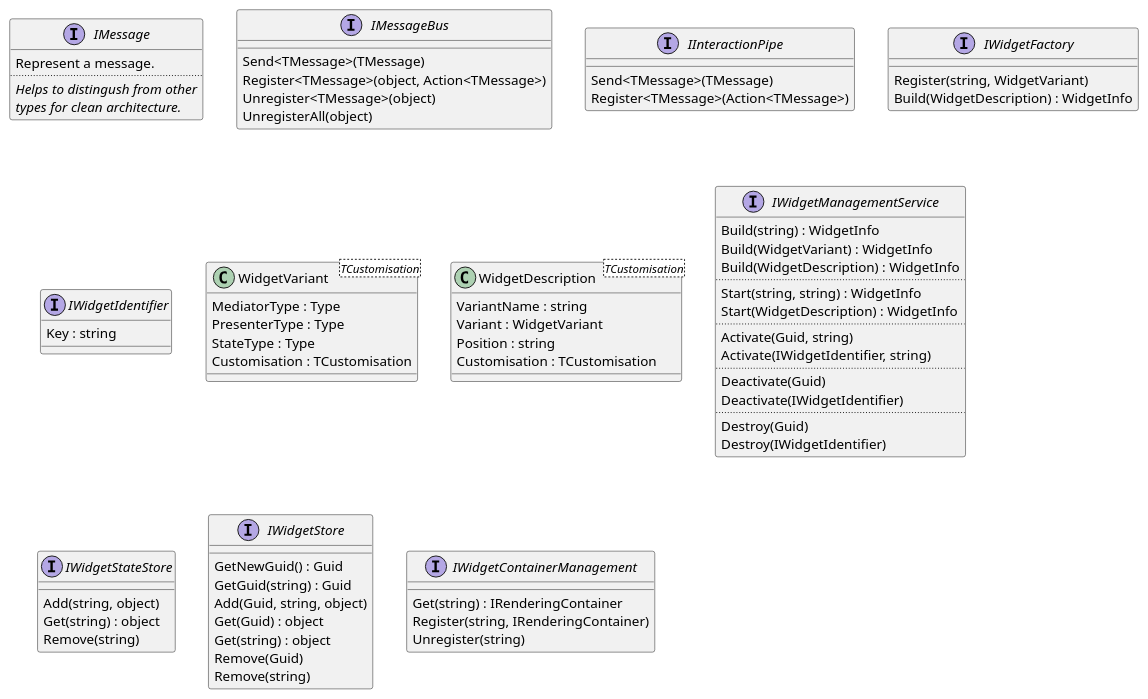
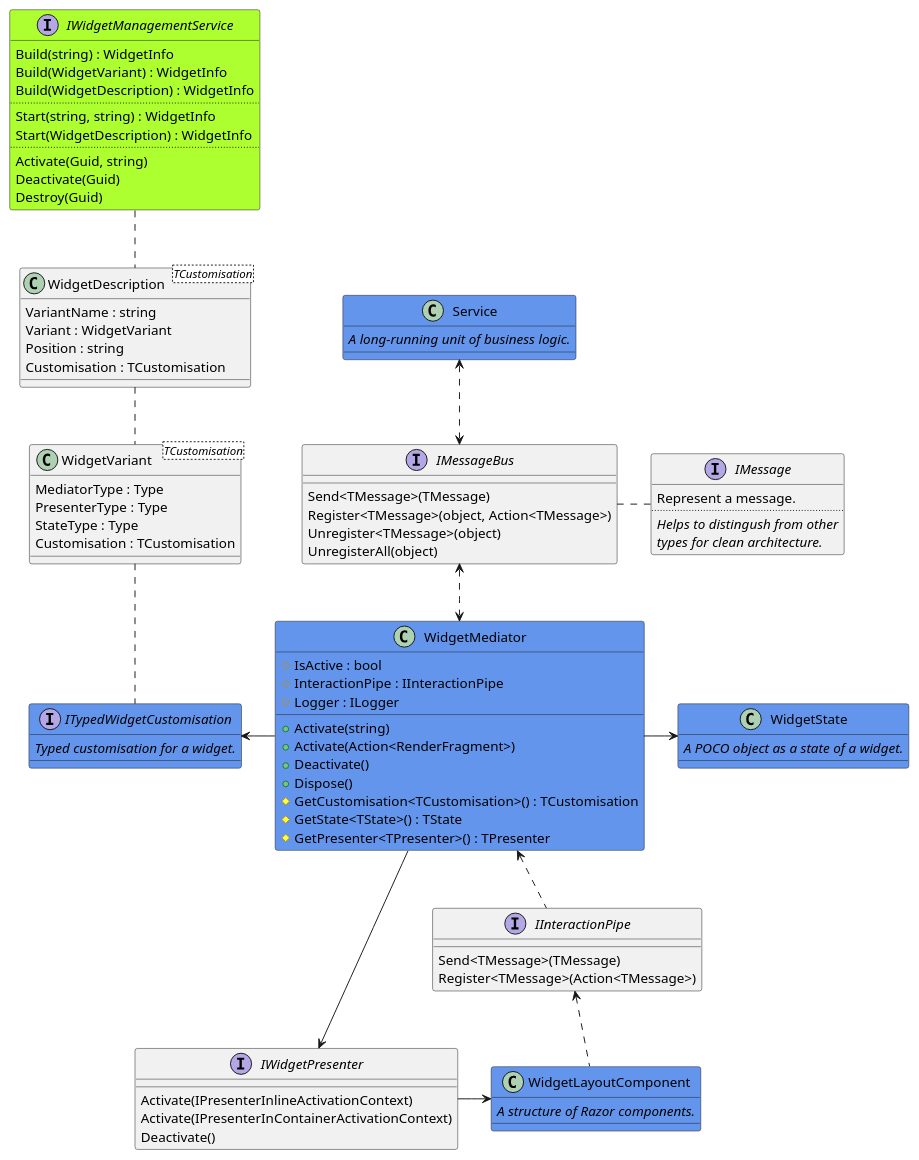
One commit to akobr/blazor.widgetised changed the first of 6 diagrams in docs/diagrams.puml. Above: the diagram before and after it, drawn with PlantUML. The commit also changed other lines of this file and 4 other files, not shown here.

```diff
--- a/docs/diagrams.puml
+++ b/docs/diagrams.puml
@@ -1,85 +1,100 @@
 @startuml architecture
 
 interface IMessage {
     Represent a message.
     ..
     <i>Helps to distingush from other</i>
     <i>types for clean architecture.</i>
 }
 
 interface IMessageBus {
     Send<TMessage>(TMessage)
     Register<TMessage>(object, Action<TMessage>)
     Unregister<TMessage>(object)
     UnregisterAll(object)
 }
 
 interface IInteractionPipe {
     Send<TMessage>(TMessage)
     Register<TMessage>(Action<TMessage>)
 }
 
-interface IWidgetFactory {
-    Register(string, WidgetVariant)
-    Build(WidgetDescription) : WidgetInfo
-}
-
-interface IWidgetIdentifier {
-    Key : string
-}
-
 class WidgetVariant<TCustomisation> {
     MediatorType : Type
     PresenterType : Type
     StateType : Type
     Customisation : TCustomisation
 }
 
 class WidgetDescription<TCustomisation> {
     VariantName : string
     Variant : WidgetVariant
     Position : string
     Customisation : TCustomisation
 }
 
-interface IWidgetManagementService {
+interface IWidgetManagementService #GreenYellow {
     Build(string) : WidgetInfo
     Build(WidgetVariant) : WidgetInfo
     Build(WidgetDescription) : WidgetInfo
     ..
     Start(string, string) : WidgetInfo
     Start(WidgetDescription) : WidgetInfo
     ..
     Activate(Guid, string)
-    Activate(IWidgetIdentifier, string)
-    ..
     Deactivate(Guid)
-    Deactivate(IWidgetIdentifier)
-    ..
     Destroy(Guid)
-    Destroy(IWidgetIdentifier)
 }
 
-interface IWidgetStateStore {
-    Add(string, object)
-    Get(string) : object
-    Remove(string)
+class WidgetMediator #CornflowerBlue {
+    #IsActive : bool
+    #InteractionPipe : IInteractionPipe
+    #Logger : ILogger
+    +Activate(string)
+    +Activate(Action<RenderFragment>)
+    +Deactivate()
+    +Dispose()
+    #GetCustomisation<TCustomisation>() : TCustomisation
+    #GetState<TState>() : TState
+    #GetPresenter<TPresenter>() : TPresenter
 }
 
-interface IWidgetStore {
-    GetNewGuid() : Guid
-    GetGuid(string) : Guid
-    Add(Guid, string, object)
-    Get(Guid) : object
-    Get(string) : object
-    Remove(Guid)
-    Remove(string)
+interface IWidgetPresenter {
+    Activate(IPresenterInlineActivationContext)
+    Activate(IPresenterInContainerActivationContext)
+    Deactivate()
 }
 
-interface IWidgetContainerManagement {
-    Get(string) : IRenderingContainer
-    Register(string, IRenderingContainer)
-    Unregister(string)
+interface ITypedWidgetCustomisation #CornflowerBlue {
+    <i>Typed customisation for a widget.</i>
 }
 
+class WidgetState #CornflowerBlue {
+    <i>A POCO object as a state of a widget.</i>
+}
+
+class WidgetLayoutComponent #CornflowerBlue {
+    <i>A structure of Razor components.</i>
+}
+
+class Service #CornflowerBlue {
+    <i>A long-running unit of business logic.</i>
+}
+
+Service <..> IMessageBus
+
+IWidgetManagementService .. WidgetDescription
+WidgetDescription .. WidgetVariant
+WidgetVariant .. ITypedWidgetCustomisation
+
+IMessageBus <..> WidgetMediator
+IMessageBus . IMessage
+
+ITypedWidgetCustomisation <- WidgetMediator
+WidgetMediator -> WidgetState
+WidgetMediator --> IWidgetPresenter
+IWidgetPresenter -> WidgetLayoutComponent
+WidgetMediator <.. IInteractionPipe
+IInteractionPipe <.. WidgetLayoutComponent
+
 @enduml
```
